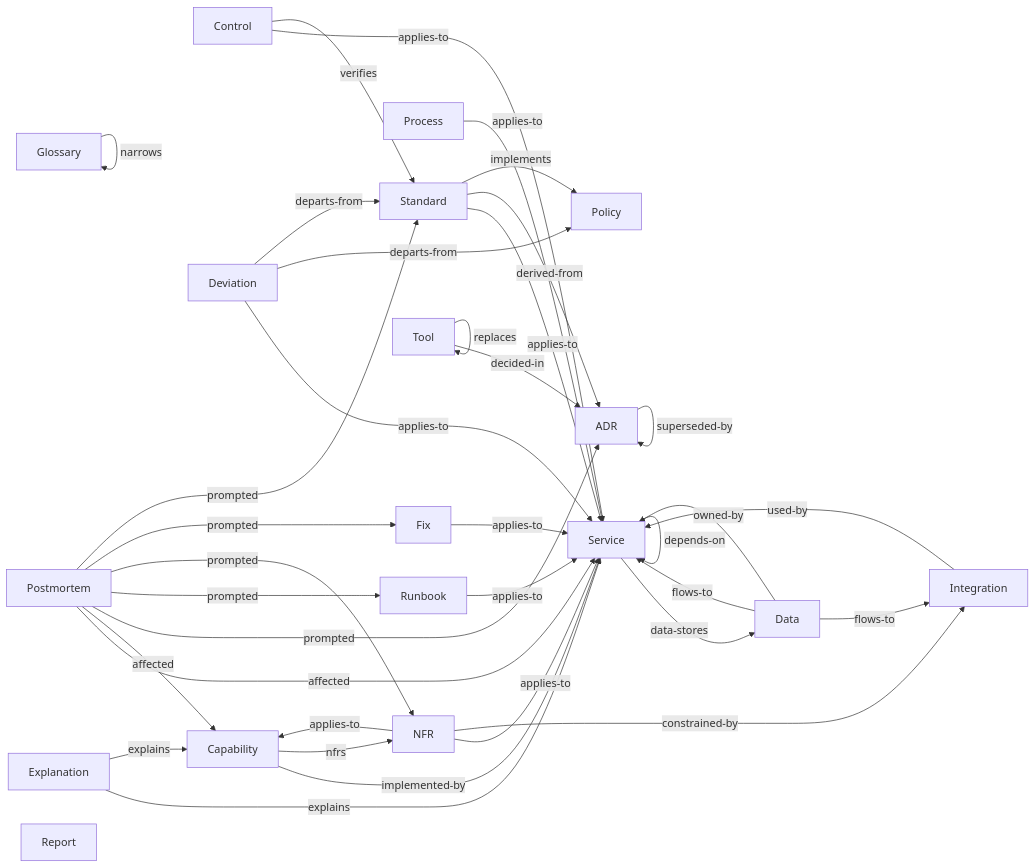
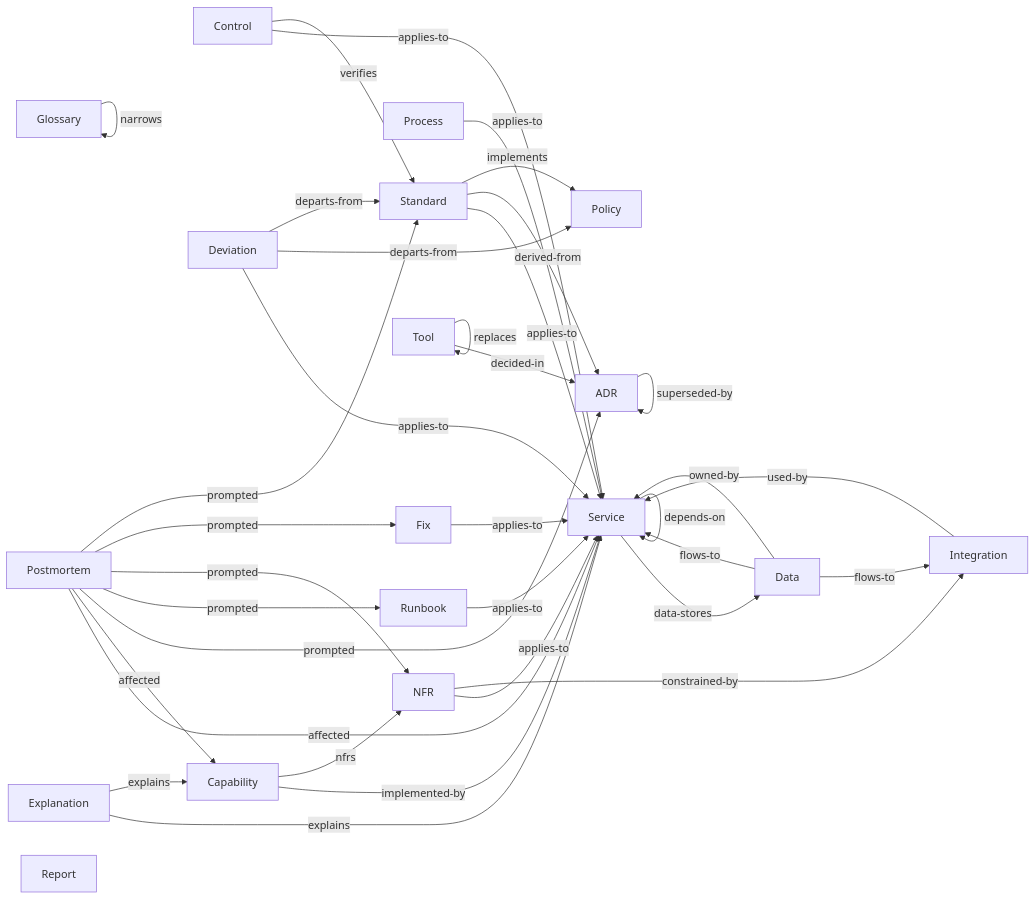
The diagram in template/knowledge-as-code/taxonomy.md (paul80nd/knowledge-as-code), drawn with Mermaid before and after one commit. The commit also changed other lines of this file and 60 other files, not shown here.

````diff
--- a/template/knowledge-as-code/taxonomy.md
+++ b/template/knowledge-as-code/taxonomy.md
@@ -146,57 +146,56 @@
 ```mermaid
 graph LR;
   t_adrs[ADR];
   t_capabilities[Capability];
   t_controls[Control];
   t_data[Data];
   t_deviations[Deviation];
   t_explanations[Explanation];
   t_fixes[Fix];
   t_glossary[Glossary];
   t_integrations[Integration];
   t_nfrs[NFR];
   t_policies[Policy];
   t_postmortems[Postmortem];
   t_processes[Process];
   t_reports[Report];
   t_runbooks[Runbook];
   t_services[Service];
   t_standards[Standard];
   t_tools[Tool];
   t_adrs -- related --> t_adrs;
   t_adrs -- superseded-by --> t_adrs;
   t_capabilities -- implemented-by --> t_services;
   t_capabilities -- nfrs --> t_nfrs;
   t_controls -- applies-to --> t_services;
   t_controls -- verifies --> t_standards;
   t_data -- flows-to --> t_services;
   t_data -- flows-to --> t_integrations;
   t_data -- owned-by --> t_services;
   t_deviations -- applies-to --> t_services;
   t_deviations -- departs-from --> t_policies;
   t_deviations -- departs-from --> t_standards;
   t_explanations -- explains --> t_services;
   t_explanations -- explains --> t_capabilities;
   t_fixes -- applies-to --> t_services;
   t_glossary -- narrows --> t_glossary;
   t_integrations -- used-by --> t_services;
   t_nfrs -- applies-to --> t_services;
-  t_nfrs -- applies-to --> t_capabilities;
   t_nfrs -- constrained-by --> t_integrations;
   t_postmortems -- affected --> t_services;
   t_postmortems -- affected --> t_capabilities;
   t_postmortems -- prompted --> t_adrs;
   t_postmortems -- prompted --> t_runbooks;
   t_postmortems -- prompted --> t_nfrs;
   t_postmortems -- prompted --> t_fixes;
   t_postmortems -- prompted --> t_standards;
   t_processes -- applies-to --> t_services;
   t_runbooks -- applies-to --> t_services;
   t_services -- data-stores --> t_data;
   t_services -- depends-on --> t_services;
   t_standards -- applies-to --> t_services;
   t_standards -- derived-from --> t_adrs;
   t_standards -- implements --> t_policies;
   t_tools -- decided-in --> t_adrs;
   t_tools -- replaces --> t_tools;
 ```
````
